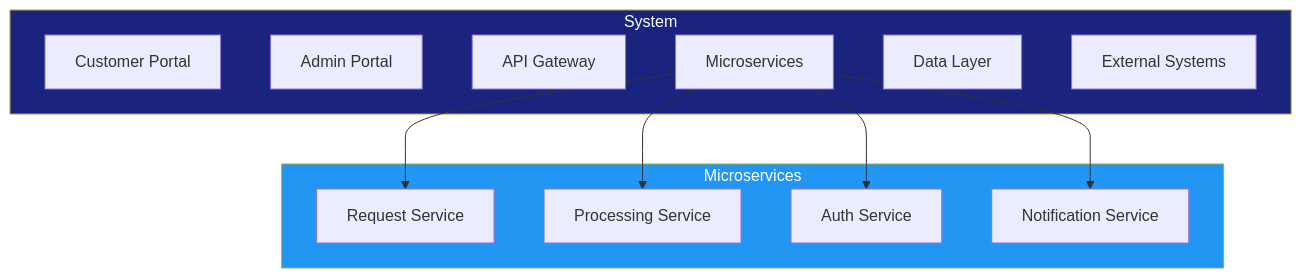
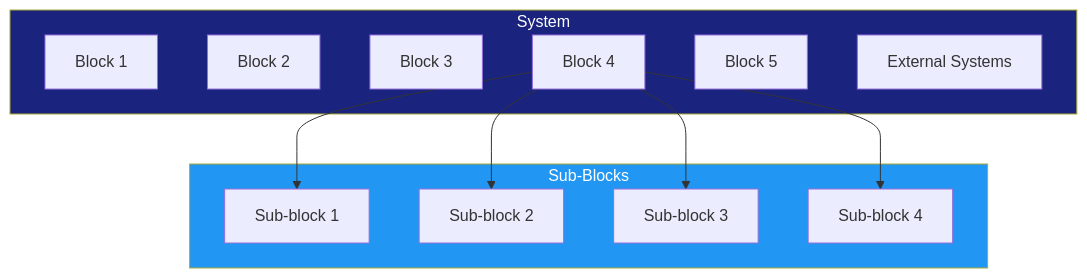
Before and after one commit to oat431/swe-knowledge: the second of 5 diagrams in document-template/09_Systems_Architecture_and_Design/MBSE-Models.md, drawn with Mermaid. The commit also changed other lines of this file and 50 other files, not shown here.

````diff
--- a/document-template/09_Systems_Architecture_and_Design/MBSE-Models.md
+++ b/document-template/09_Systems_Architecture_and_Design/MBSE-Models.md
@@ -80,26 +80,26 @@
 ```mermaid
 flowchart TD
     subgraph System["System"]
-        PORTAL[Customer Portal]
-        ADMIN[Admin Portal]
-        GATEWAY[API Gateway]
-        SERVICES[Microservices]
-        DATA[Data Layer]
+        BLOCK1[Block 1]
+        BLOCK2[Block 2]
+        BLOCK3[Block 3]
+        BLOCK4[Block 4]
+        BLOCK5[Block 5]
         EXT[External Systems]
     end
 
-    subgraph Services_Detail["Microservices"]
-        REQ[Request Service]
-        PROC[Processing Service]
-        AUTH[Auth Service]
-        NOTIFY[Notification Service]
+    subgraph Services_Detail["Sub-Blocks"]
+        SUB1[Sub-block 1]
+        SUB2[Sub-block 2]
+        SUB3[Sub-block 3]
+        SUB4[Sub-block 4]
     end
 
-    SERVICES --> REQ
-    SERVICES --> PROC
-    SERVICES --> AUTH
-    SERVICES --> NOTIFY
+    BLOCK4 --> SUB1
+    BLOCK4 --> SUB2
+    BLOCK4 --> SUB3
+    BLOCK4 --> SUB4
 
     style System fill:#1a237e,color:#fff
     style Services_Detail fill:#2196F3,color:#fff
 ```
````
